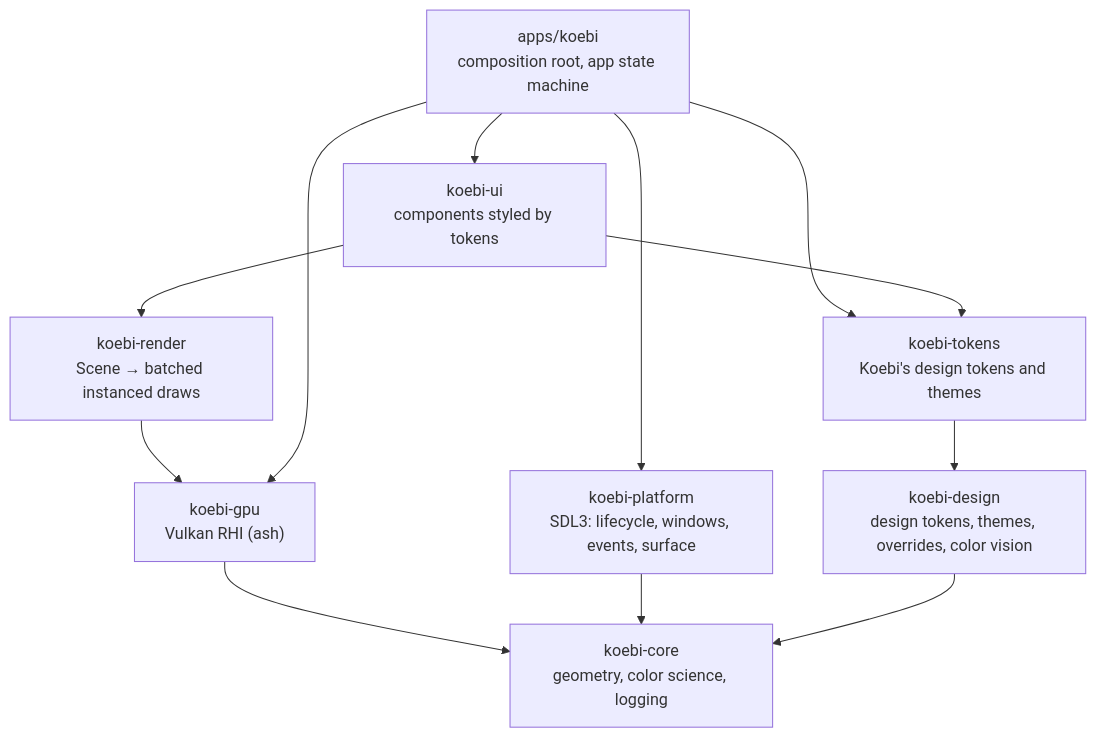
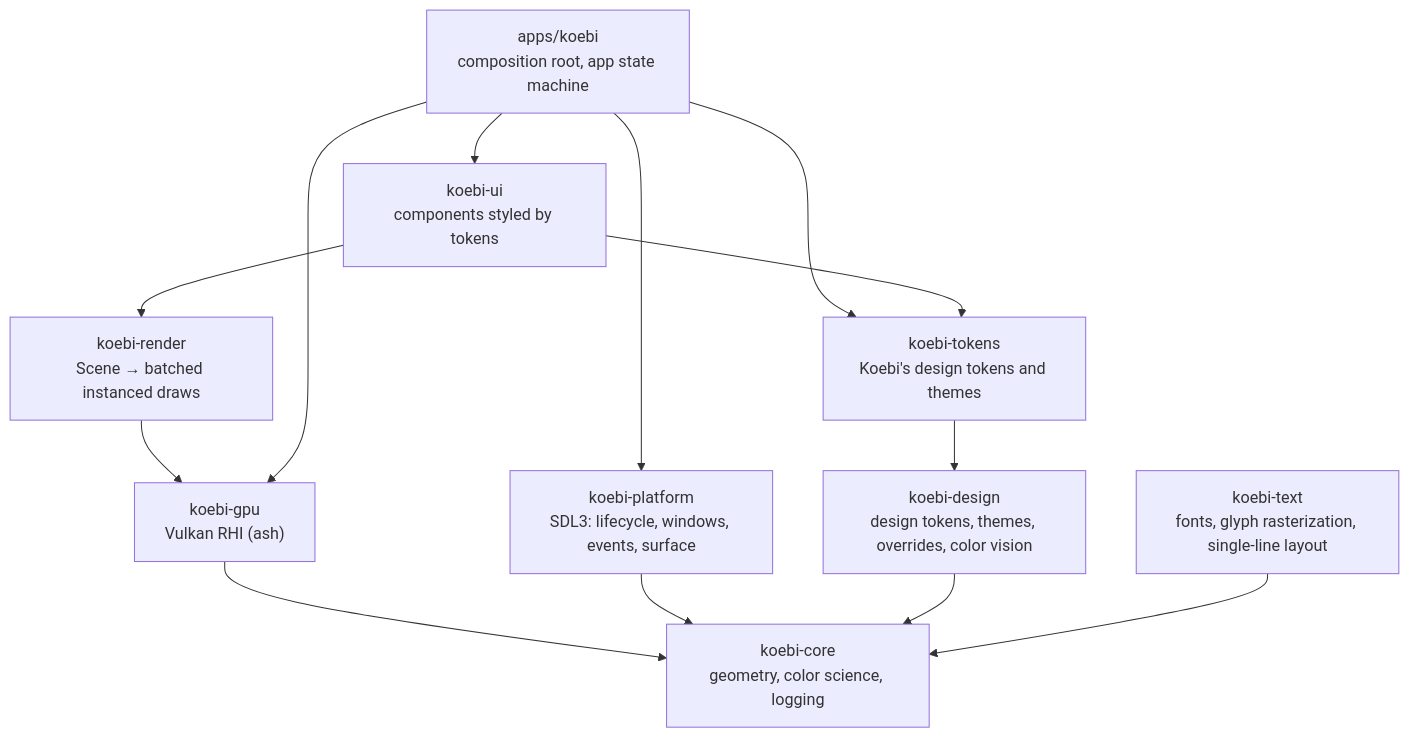
The first of 2 diagrams in docs/architecture/overview.md (Kolosta/Koebi), drawn with Mermaid before and after one commit. The commit also changed other lines of this file and 21 other files, not shown here.

Commit message:
feat(text): read TrueType fonts, rasterize glyphs and lay out labels (#84)

````diff
--- a/docs/architecture/overview.md
+++ b/docs/architecture/overview.md
@@ -8,16 +8,18 @@
 ```mermaid
 flowchart TD
     app["apps/koebi<br/>composition root, app state machine"]
     ui["koebi-ui<br/>components styled by tokens"]
     render["koebi-render<br/>Scene → batched instanced draws"]
     gpu["koebi-gpu<br/>Vulkan RHI (ash)"]
     platform["koebi-platform<br/>SDL3: lifecycle, windows, events, surface"]
     tokens["koebi-tokens<br/>Koebi's design tokens and themes"]
     design["koebi-design<br/>design tokens, themes, overrides, color vision"]
+    text["koebi-text<br/>fonts, glyph rasterization, single-line layout"]
     core["koebi-core<br/>geometry, color science, logging"]
     app --> ui --> render --> gpu --> core
     app --> platform --> core
     app --> gpu
     app --> tokens
     ui --> tokens --> design --> core
+    text --> core
 ```
````
